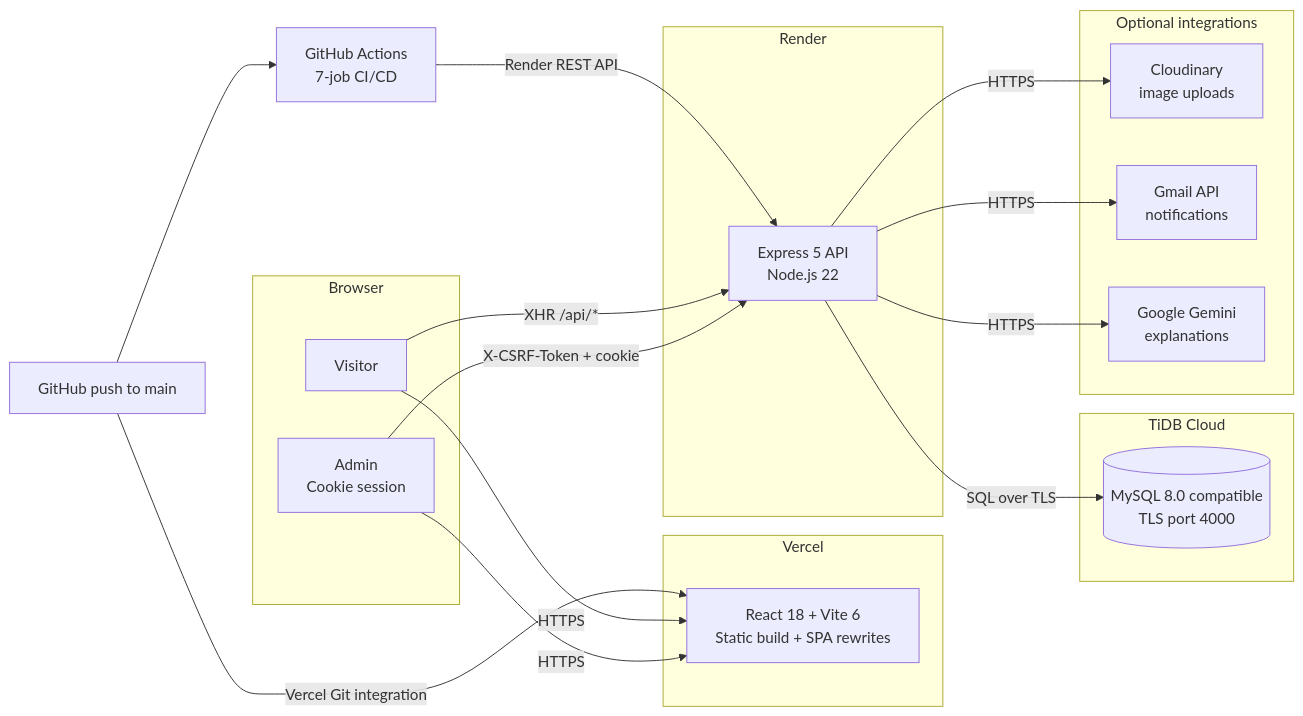
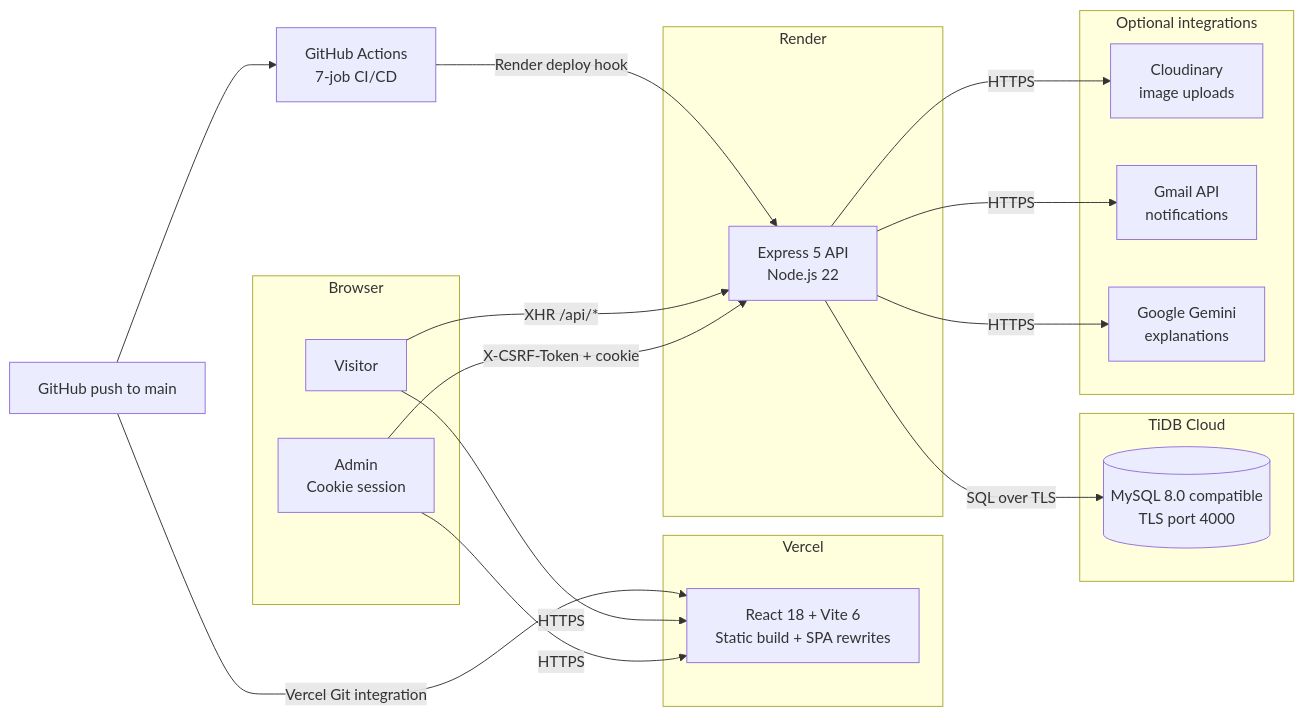
Before and after one commit to mayuresh-2601/MK-PORTFOLIO: the first of 2 diagrams in README.md, drawn with Mermaid. The commit also changed other lines of this file and 6 other files, not shown here.

First line of the commit message:
ci: deploy Render through the service deploy hook

````diff
--- a/README.md
+++ b/README.md
@@ -219,38 +219,38 @@
 ```mermaid
 flowchart LR
     subgraph Browser["Browser"]
         U["Visitor"]
         A["Admin<br/>Cookie session"]
     end
 
     subgraph Frontend["Vercel"]
         V["React 18 + Vite 6<br/>Static build + SPA rewrites"]
     end
 
     subgraph Backend["Render"]
         R["Express 5 API<br/>Node.js 22"]
     end
 
     subgraph Data["TiDB Cloud"]
         D[("MySQL 8.0 compatible<br/>TLS port 4000")]
     end
 
     subgraph Optional["Optional integrations"]
         C["Cloudinary<br/>image uploads"]
         G["Gmail API<br/>notifications"]
         AI["Google Gemini<br/>explanations"]
     end
 
     GH["GitHub push to main"] -->|"Vercel Git integration"| V
     GH --> CI["GitHub Actions<br/>7-job CI/CD"]
-    CI -->|"Render REST API"| R
+    CI -->|"Render deploy hook"| R
 
     U -->|HTTPS| V
     A -->|HTTPS| V
     U -->|"XHR /api/*"| R
     A -->|"X-CSRF-Token + cookie"| R
     R -->|"SQL over TLS"| D
     R -->|"HTTPS"| C
     R -->|"HTTPS"| G
     R -->|"HTTPS"| AI
 ```
````
